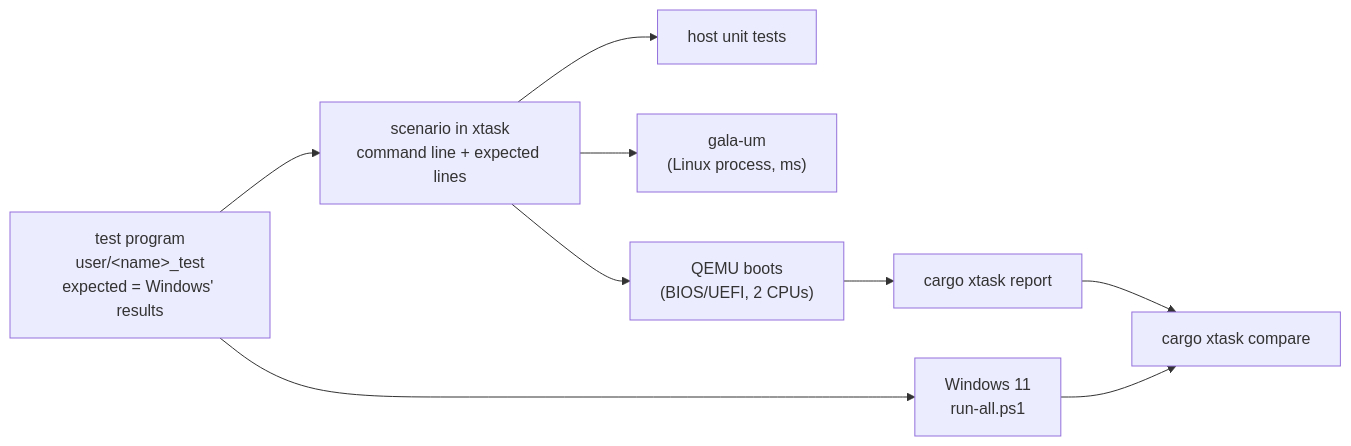
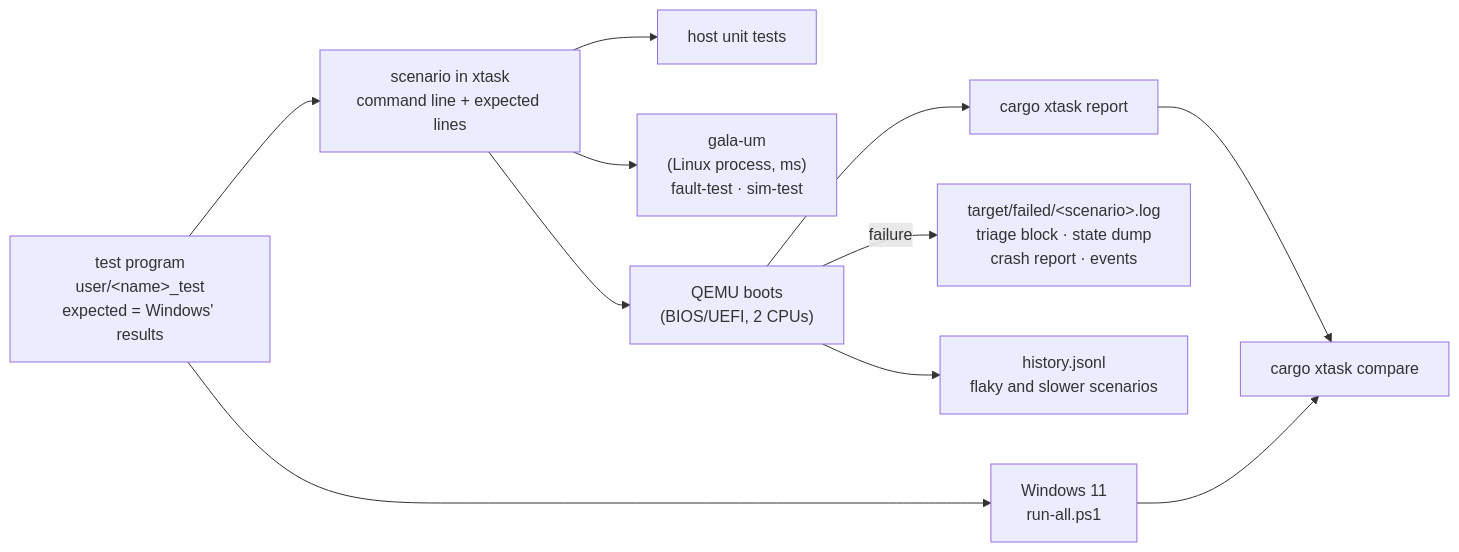
Before and after one commit to bjorn-ali-goransson/gala-os: diagram 12 of 12 in README.md, drawn with Mermaid. The commit also changed other lines of this file and 3 other files, not shown here.

First line of the commit message:
Docs: README brought up to date, diagrams expanded, stale facts fixed

````diff
--- a/README.md
+++ b/README.md
@@ -216,11 +375,13 @@
 ```mermaid
 flowchart LR
     tp["test program<br/>user/&lt;name&gt;_test<br/>expected = Windows' results"] --> sc["scenario in xtask<br/>command line + expected lines"]
     sc --> unit["host unit tests"]
-    sc --> um["gala-um<br/>(Linux process, ms)"]
+    sc --> um["gala-um<br/>(Linux process, ms)<br/>fault-test · sim-test"]
     sc --> qemu["QEMU boots<br/>(BIOS/UEFI, 2 CPUs)"]
     tp --> win["Windows 11<br/>run-all.ps1"]
     qemu --> rep["cargo xtask report"]
+    qemu -- "failure" --> fail["target/failed/&lt;scenario&gt;.log<br/>triage block · state dump<br/>crash report · events"]
+    qemu --> hist["history.jsonl<br/>flaky and slower scenarios"]
     win --> cmp["cargo xtask compare"]
     rep --> cmp
 ```
````
